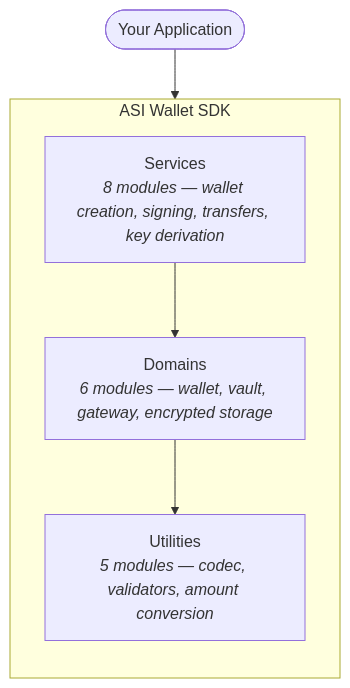
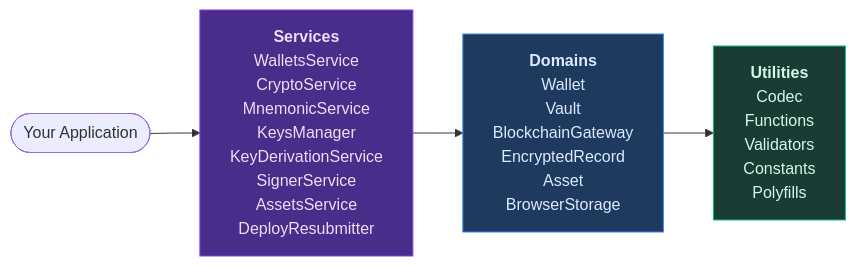
One commit to asi-alliance/asi-chain-docs-portal changed the sixth of 6 diagrams in wallet-sdk/overview/index.md. Above: the diagram before and after it, drawn with Mermaid. The commit also changed other lines of this file, not shown here.

Commit message:
[AS-571] Add 6 mermaid diagram variations for review

````diff
--- a/wallet-sdk/overview/index.md
+++ b/wallet-sdk/overview/index.md
@@ -156,14 +153,13 @@
 ```mermaid
-flowchart TB
+flowchart LR
     A(["Your Application"])
+    S["<b>Services</b><br/>WalletsService<br/>CryptoService<br/>MnemonicService<br/>KeysManager<br/>KeyDerivationService<br/>SignerService<br/>AssetsService<br/>DeployResubmitter"]
+    D["<b>Domains</b><br/>Wallet<br/>Vault<br/>BlockchainGateway<br/>EncryptedRecord<br/>Asset<br/>BrowserStorage"]
+    U["<b>Utilities</b><br/>Codec<br/>Functions<br/>Validators<br/>Constants<br/>Polyfills"]
 
-    subgraph SDK["ASI Wallet SDK"]
-        direction TB
-        S["Services<br/><i>8 modules — wallet creation, signing, transfers, key derivation</i>"]
-        D["Domains<br/><i>6 modules — wallet, vault, gateway, encrypted storage</i>"]
-        U["Utilities<br/><i>5 modules — codec, validators, amount conversion</i>"]
-        S --> D --> U
-    end
+    A --> S --> D --> U
 
-    A --> SDK
+    style S fill:#4a2c8a,stroke:#7c3aed,color:#e8e0f5
+    style D fill:#1e3a5f,stroke:#3b82f6,color:#dbeafe
+    style U fill:#1a3c34,stroke:#10b981,color:#d1fae5
 ```
````
